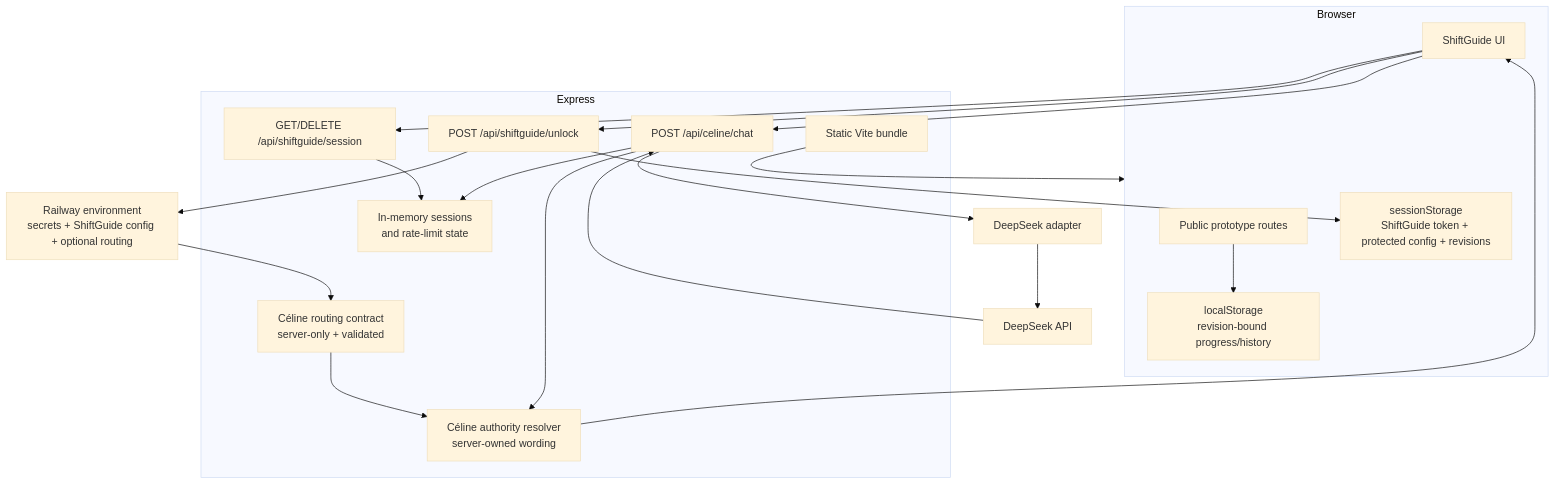
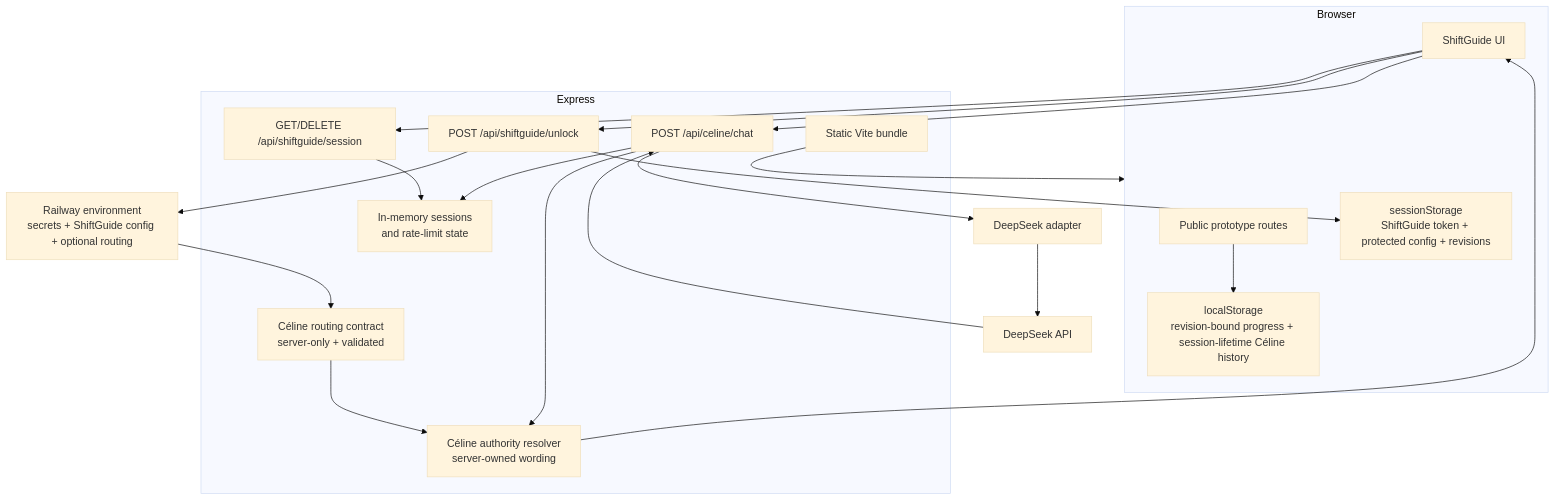
The diagram in docs/architecture.md (AmineAKIK/protocap), drawn with Mermaid (base theme) before and after one commit. The commit also changed other lines of this file and 4 other files, not shown here.

````diff
--- a/docs/architecture.md
+++ b/docs/architecture.md
@@ -9,40 +9,40 @@
 ```mermaid
 flowchart TB
   subgraph Browser
     Public[Public prototype routes]
     ShiftUI[ShiftGuide UI]
     SessionStore[sessionStorage\nShiftGuide token + protected config + revisions]
-    LocalStore[localStorage\nrevision-bound progress/history]
+    LocalStore[localStorage\nrevision-bound progress + session-lifetime Céline history]
   end
 
   subgraph Express
     Unlock[POST /api/shiftguide/unlock]
     Session[GET/DELETE /api/shiftguide/session]
     Chat[POST /api/celine/chat]
     Routing[Céline routing contract\nserver-only + validated]
     Authority[Céline authority resolver\nserver-owned wording]
     Memory[In-memory sessions\nand rate-limit state]
     Static[Static Vite bundle]
   end
 
   Env[Railway environment\nsecrets + ShiftGuide config + optional routing]
   ProviderAdapter[DeepSeek adapter]
   Provider[DeepSeek API]
 
   Public --> LocalStore
   ShiftUI --> Unlock
   Unlock --> Env
   Unlock --> SessionStore
   ShiftUI --> Session
   ShiftUI --> Chat
   Session --> Memory
   Env --> Routing
   Routing --> Authority
   Chat --> Memory
   Chat --> ProviderAdapter
   ProviderAdapter --> Provider
   Provider --> Chat
   Chat --> Authority
   Authority --> ShiftUI
   Static --> Browser
 ```
````
